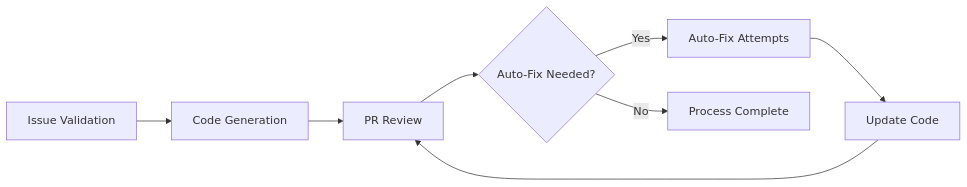
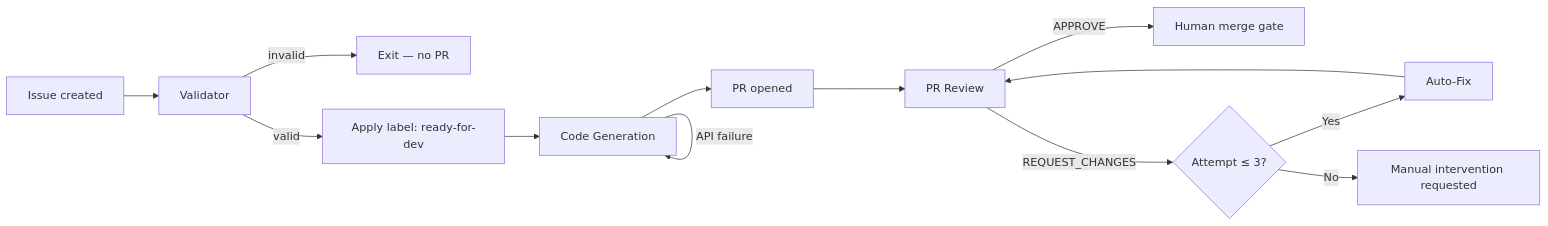
The diagram in README.md (koydas/autonomous-dev-loop), drawn with Mermaid before and after one commit. The commit also changed other lines of this file, not shown here.

Commit message:
Update flow diagram in README.md

````diff
--- a/README.md
+++ b/README.md
@@ -57,10 +56,15 @@
 ```mermaid
 graph LR
-    A[Issue Validation] --> B[Code Generation]
-    B --> C[PR Review]
-    C --> D{Auto-Fix Needed?}
-    D -->|Yes| E[Auto-Fix Attempts]
-    E --> F[Update Code]
-    F --> C
-    D -->|No| G[Process Complete]
+    A[Issue created] --> B[Validator]
+    B -->|invalid| Z[Exit — no PR]
+    B -->|valid| C[Apply label: ready-for-dev]
+    C --> D[Code Generation]
+    D -->|API failure| D
+    D --> E[PR opened]
+    E --> F[PR Review]
+    F -->|APPROVE| G[Human merge gate]
+    F -->|REQUEST_CHANGES| H{Attempt ≤ 3?}
+    H -->|Yes| I[Auto-Fix]
+    I --> F
+    H -->|No| J[Manual intervention requested]
 ```
````
